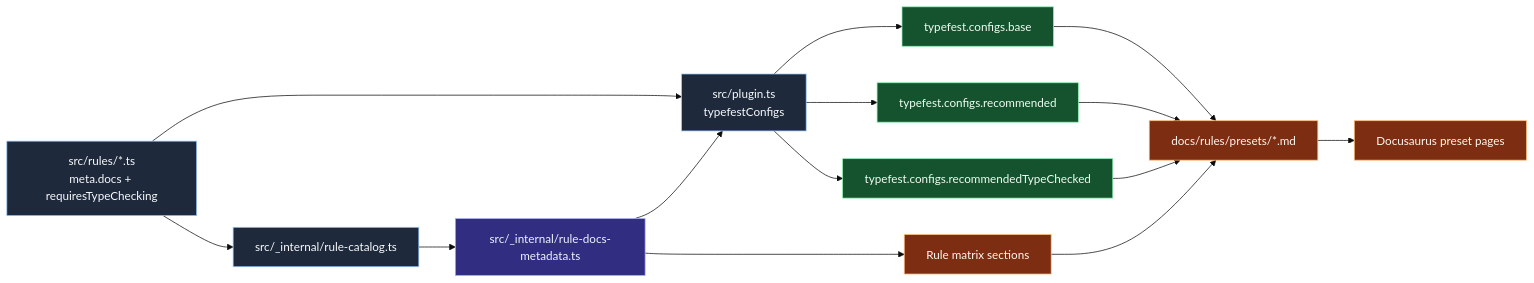
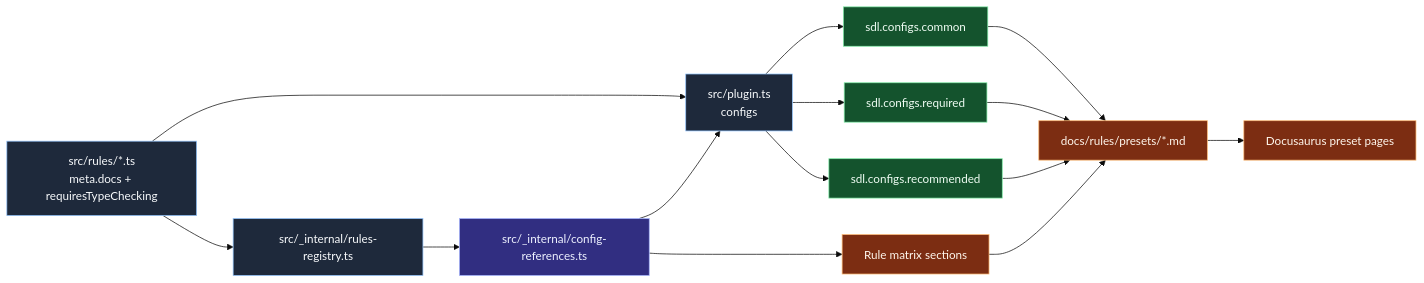
One commit to Nick2bad4u/eslint-plugin-SDL-2 changed the diagram in docs/docusaurus/site-docs/developer/charts/preset-composition-and-rule-matrix.md. Above: the diagram before and after it, drawn with Mermaid (base theme). The commit also changed other lines of this file and 705 other files, not shown here.

Commit message:
✨ [feat] Initial Initial commit with migrated and adapted code from old plugin, updated for ESLint 10, and written in TypeScript. All rules updated, no lint warnings, type errors, or failing tests.

````diff
--- a/docs/docusaurus/site-docs/developer/charts/preset-composition-and-rule-matrix.md
+++ b/docs/docusaurus/site-docs/developer/charts/preset-composition-and-rule-matrix.md
@@ -11,39 +11,39 @@
 ```mermaid
 flowchart LR
     classDef source fill:#1e293b,stroke:#93c5fd,color:#f8fafc,stroke-width:1px
     classDef meta fill:#312e81,stroke:#a5b4fc,color:#eef2ff,stroke-width:1px
     classDef preset fill:#14532d,stroke:#86efac,color:#f0fdf4,stroke-width:1px
     classDef docs fill:#7c2d12,stroke:#fdba74,color:#fff7ed,stroke-width:1px
 
     A[src/rules/*.ts\nmeta.docs + requiresTypeChecking]
-    B[src/_internal/rule-catalog.ts]
-    C[src/_internal/rule-docs-metadata.ts]
-    D[src/plugin.ts\ntypefestConfigs]
+    B[src/_internal/rules-registry.ts]
+    C[src/_internal/config-references.ts]
+    D[src/plugin.ts\nconfigs]
 
-    E[typefest.configs.base]
-    F[typefest.configs.recommended]
-    G[typefest.configs.recommendedTypeChecked]
+    E[sdl.configs.common]
+    F[sdl.configs.required]
+    G[sdl.configs.recommended]
 
     H[docs/rules/presets/*.md]
     I[Rule matrix sections]
     J[Docusaurus preset pages]
 
     A --> B --> C
     A --> D
     C --> D
 
     D --> E
     D --> F
     D --> G
 
     E --> H
     F --> H
     G --> H
     C --> I
     I --> H --> J
 
     class A,B,D source
     class C meta
     class E,F,G preset
     class H,I,J docs
 ```
````
